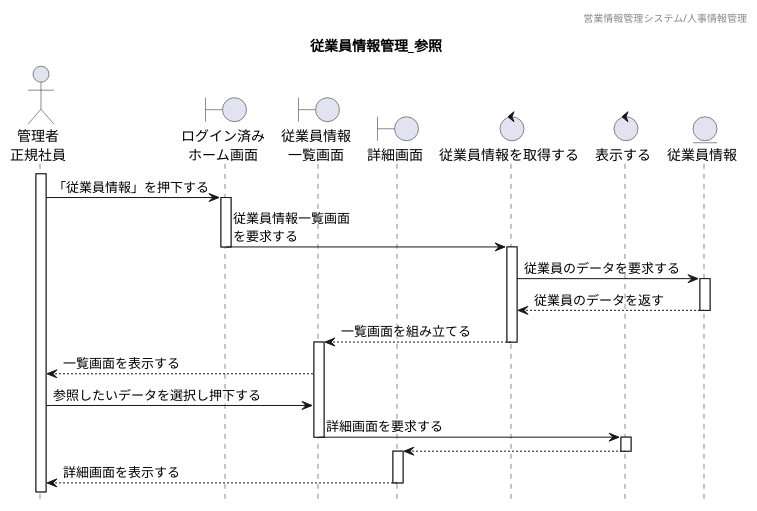
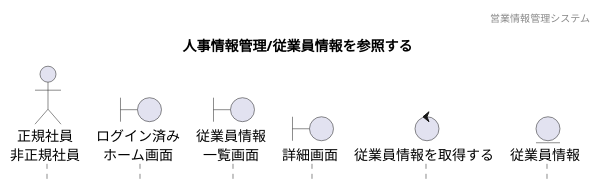
Before and after one commit to HaruShim/Sotuken: the diagram in 各種設計書/4シーケンス図/人事情報管理/1.従業員情報参照/従業員情報参照_未.plantuml, drawn with PlantUML. The commit also changed 3 other files, not shown here.

```diff
--- a/各種設計書/4シーケンス図/人事情報管理/1.従業員情報参照/従業員情報参照_未.plantuml
+++ b/各種設計書/4シーケンス図/人事情報管理/1.従業員情報参照/従業員情報参照_未.plantuml
@@ -1,53 +1,28 @@
 @startuml シーケンス図
-' 下アイコン除去
+
 hide footbox
-' ヘッダー
-header 営業情報管理システム/人事情報管理
-' タイトル
-title 従業員情報管理_参照
-
-
-' アイコン
-actor "管理者\n正規社員" as Act
-boundary "ログイン済み\nホーム画面" as HomeSc
-boundary "従業員情報\n一覧画面" as StaffListSc
-boundary "詳細画面" as StaffSc
-control "従業員情報を取得する" as StaffCl
-control "表示する" as ScCl
-entity "従業員情報" as StaffDB
+header 営業情報管理システム
+title 人事情報管理/従業員情報を参照する
 
 
 
-' ログイン済みホーム画面から一覧表示までのシーケンス
-activate Act
-Act -> HomeSc : 「従業員情報」を押下する
-activate HomeSc
-HomeSc -> StaffCl : 従業員情報一覧画面\nを要求する
-deactivate
-activate StaffCl
+' actor "" as 
+actor "正規社員\n非正規社員" as a1
 
-StaffCl -> StaffDB : 従業員のデータを要求する
-activate StaffDB
-StaffCl <-- StaffDB : 従業員のデータを返す
-deactivate
-StaffListSc <-- StaffCl : 一覧画面を組み立てる
-deactivate
-activate StaffListSc
-Act <-- StaffListSc : 一覧画面を表示する
+' boundary "" as 
+boundary "ログイン済み\nホーム画面" as b1
+boundary "従業員情報\n一覧画面" as b2
+boundary "詳細画面" as b3
+
+' control "" as 
+control "従業員情報を取得する" as c1
+
+' entity "" as
+entity "従業員情報" as e1
 
 
-' 詳細画面表示までのシーケンス
-Act -> StaffListSc : 参照したいデータを選択し押下する
-StaffListSc -> ScCl : 詳細画面を要求する
-deactivate
-activate ScCl
-StaffSc <-- ScCl
-deactivate
-activate StaffSc
-Act <-- StaffSc : 詳細画面を表示する
-deactivate
 
 
 
 
 @enduml
```
